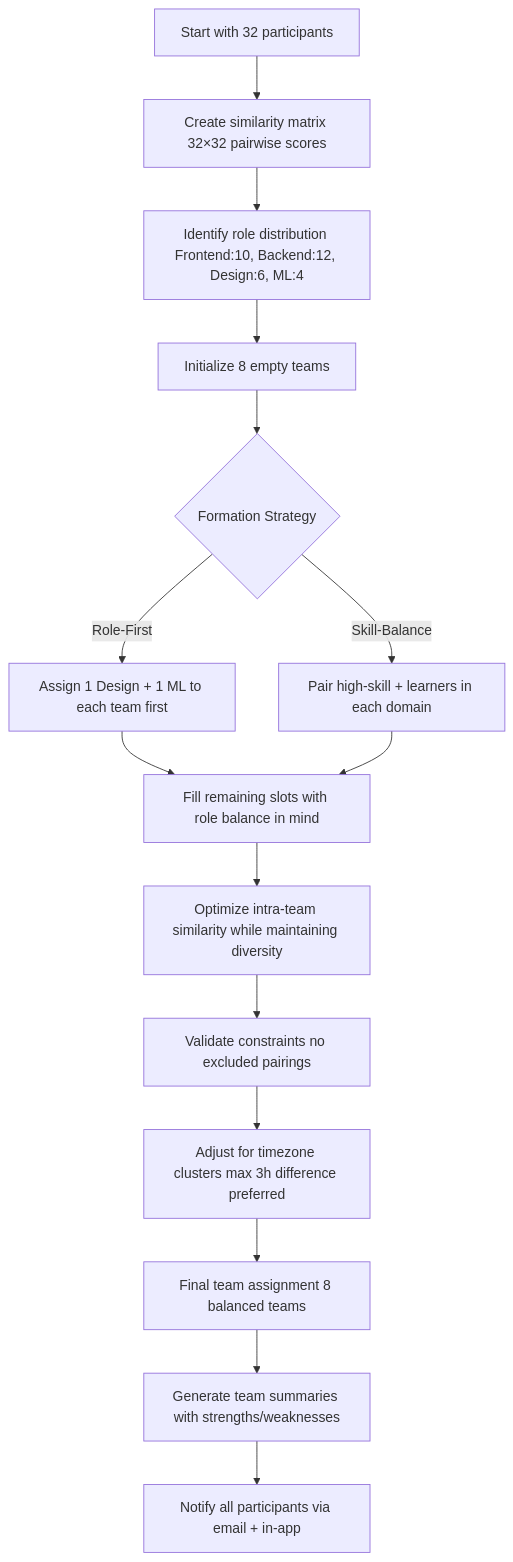
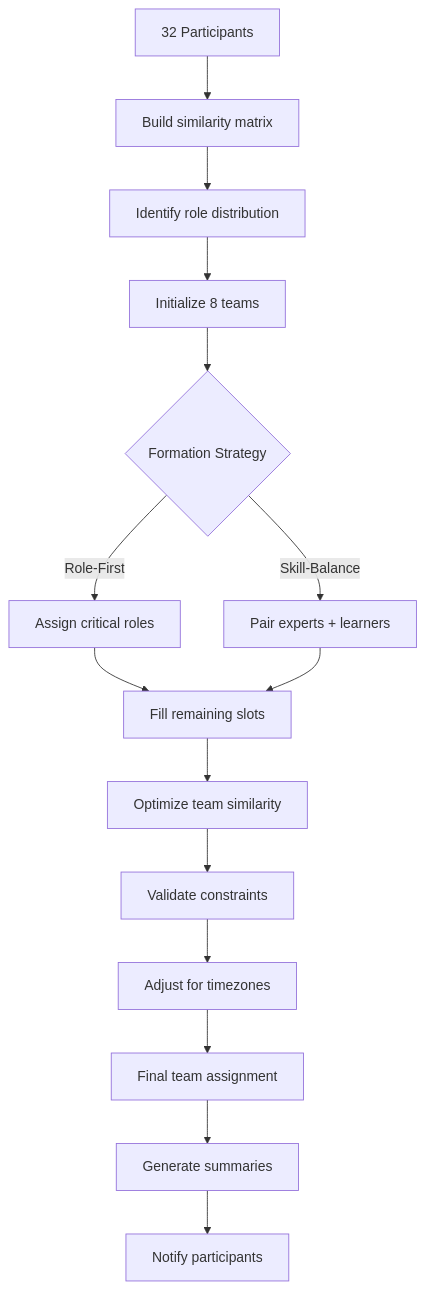
The fifth of 8 diagrams in README.md (satvik-sharma-05/SE), drawn with Mermaid before and after one commit. The commit also changed other lines of this file, not shown here.

````diff
--- a/README.md
+++ b/README.md
@@ -303,20 +304,20 @@
 ```mermaid
 flowchart TD
-    A[Start with 32 participants] --> B[Create similarity matrix 32×32 pairwise scores]
-    B --> C[Identify role distribution Frontend:10, Backend:12, Design:6, ML:4]
-    C --> D[Initialize 8 empty teams]
+    A[32 Participants] --> B[Build similarity matrix]
+    B --> C[Identify role distribution]
+    C --> D[Initialize 8 teams]
     
     D --> E{Formation Strategy}
-    E -->|Role-First| F[Assign 1 Design + 1 ML to each team first]
-    E -->|Skill-Balance| G[Pair high-skill + learners in each domain]
+    E -->|Role-First| F[Assign critical roles]
+    E -->|Skill-Balance| G[Pair experts + learners]
     
-    F --> H[Fill remaining slots with role balance in mind]
+    F --> H[Fill remaining slots]
     G --> H
     
-    H --> I[Optimize intra-team similarity while maintaining diversity]
-    I --> J[Validate constraints no excluded pairings]
-    J --> K[Adjust for timezone clusters max 3h difference preferred]
-    K --> L[Final team assignment 8 balanced teams]
-    L --> M[Generate team summaries with strengths/weaknesses]
-    M --> N[Notify all participants via email + in-app]
+    H --> I[Optimize team similarity]
+    I --> J[Validate constraints]
+    J --> K[Adjust for timezones]
+    K --> L[Final team assignment]
+    L --> M[Generate summaries]
+    M --> N[Notify participants]
 ```
````
